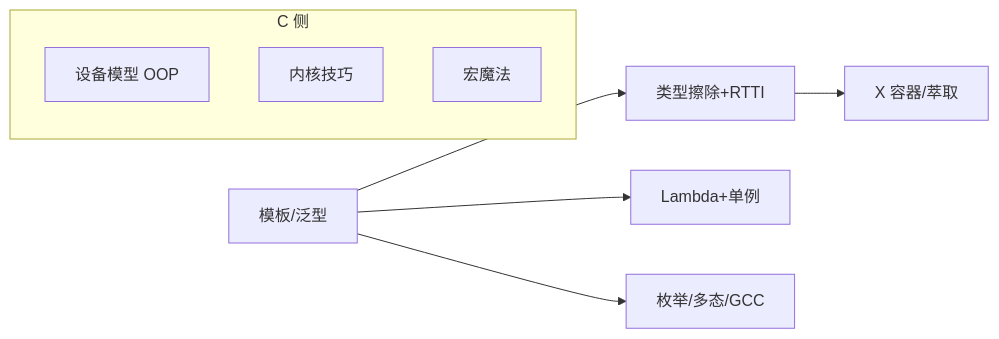
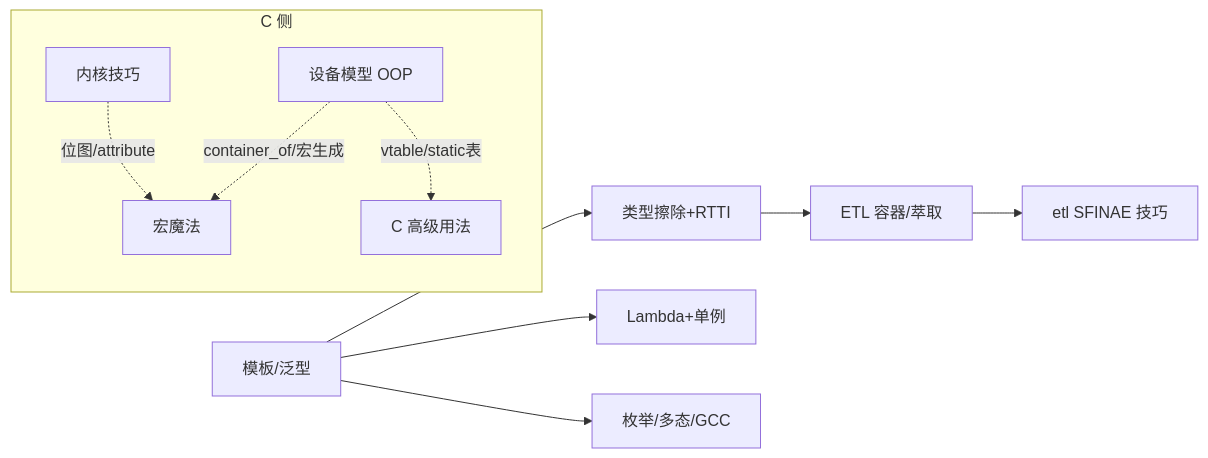
Before and after one commit to H-000-H/obsidian: the diagram in c-cpp高级特性和用法/README.md, drawn with Mermaid. The commit also changed other lines of this file and 48 other files, not shown here.

````diff
--- a/c-cpp高级特性和用法/README.md
+++ b/c-cpp高级特性和用法/README.md
@@ -26,12 +57,17 @@
 ```mermaid
 graph LR
     T[模板/泛型] --> E[类型擦除+RTTI]
     T --> L[Lambda+单例]
     T --> P[枚举/多态/GCC]
-    E --> C[X 容器/萃取]
-    subgraph C 侧
+    E --> ETL[ETL 容器/萃取]
+    ETL --> SF[etl SFINAE 技巧]
+    subgraph CSIDE[C 侧]
         C1[设备模型 OOP]
         C2[内核技巧]
         C3[宏魔法]
+        C4[C 高级用法]
     end
+    C1 -.container_of/宏生成.-> C3
+    C1 -.vtable/static表.-> C4
+    C2 -.位图/attribute.-> C3
 ```
````
